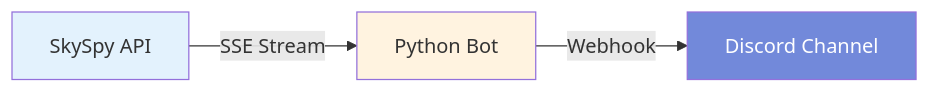
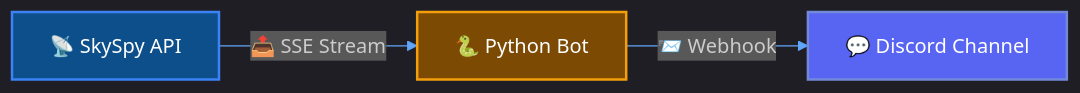
One commit to CHA0S-CORP/SkySpyDocs changed the diagram in docs/Recipes/discord-alert-bot.md. Above: the diagram before and after it, drawn with Mermaid. The commit also changed 11 other files, not shown here.

````diff
--- a/docs/Recipes/discord-alert-bot.md
+++ b/docs/Recipes/discord-alert-bot.md
@@ -10,9 +10,10 @@
 ```mermaid
+%%{init: {'theme': 'dark', 'themeVariables': { 'primaryColor': '#1e3a5f', 'primaryTextColor': '#fff', 'primaryBorderColor': '#3b82f6', 'lineColor': '#60a5fa'}}}%%
 flowchart LR
-    SKYSPY[SkySpy API] -->|SSE Stream| BOT[Python Bot]
-    BOT -->|Webhook| DISCORD[Discord Channel]
+    SKYSPY["📡 SkySpy API"] -->|"📤 SSE Stream"| BOT["🐍 Python Bot"]
+    BOT -->|"📨 Webhook"| DISCORD["💬 Discord Channel"]
 
-    style SKYSPY fill:#e3f2fd
-    style BOT fill:#fff3e0
-    style DISCORD fill:#7289da,color:#fff
+    style SKYSPY fill:#0d4f8b,stroke:#3b82f6,stroke-width:2px,color:#fff
+    style BOT fill:#7c4a03,stroke:#f59e0b,stroke-width:2px,color:#fff
+    style DISCORD fill:#5865F2,stroke:#7289da,stroke-width:2px,color:#fff
 ```
````
